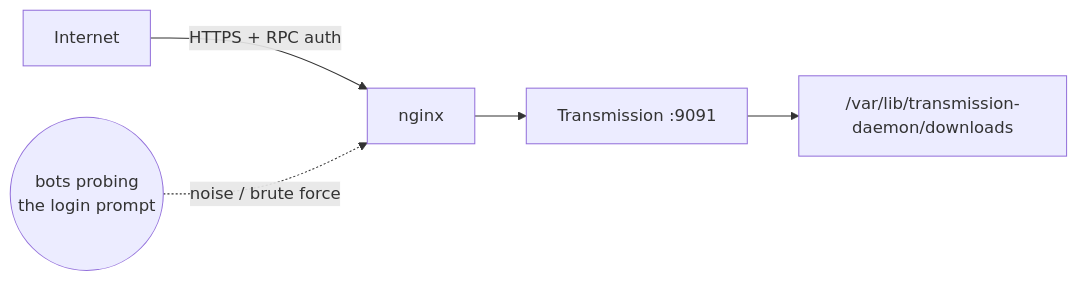
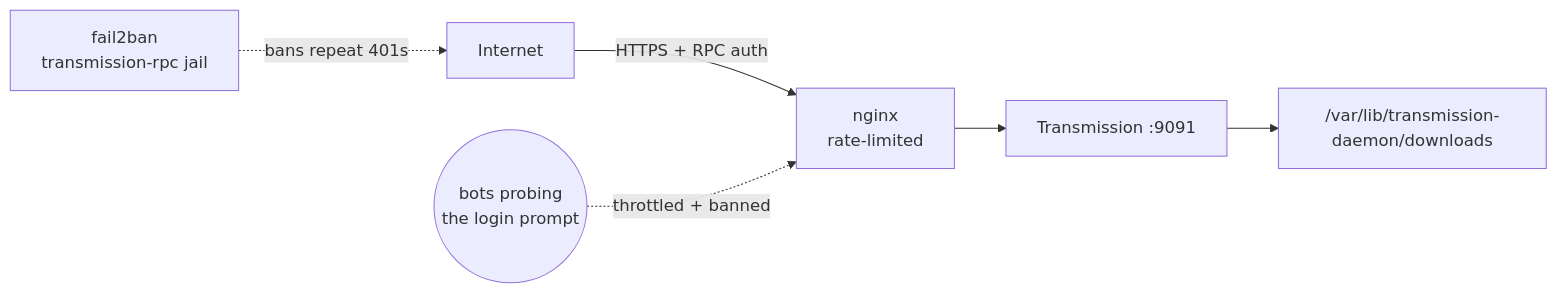
One commit to sillyash/homelab changed the diagram in services/transmission/README.md. Above: the diagram before and after it, drawn with Mermaid. The commit also changed other lines of this file and 4 other files, not shown here.

First line of the commit message:
feat: throttle bot traffic against Transmission's public login

````diff
--- a/services/transmission/README.md
+++ b/services/transmission/README.md
@@ -9,7 +9,8 @@
 ```mermaid
 graph LR
-    Internet -->|"HTTPS + RPC auth"| nginx["nginx"]
+    Internet -->|"HTTPS + RPC auth"| nginx["nginx<br>rate-limited"]
     nginx --> transmission["Transmission :9091"]
     transmission --> downloads["/var/lib/transmission-daemon/downloads"]
-    bots(("bots probing<br>the login prompt")) -.->|noise / brute force| nginx
+    bots(("bots probing<br>the login prompt")) -.->|throttled + banned| nginx
+    f2b["fail2ban<br>transmission-rpc jail"] -.->|bans repeat 401s| Internet
 ```
````
